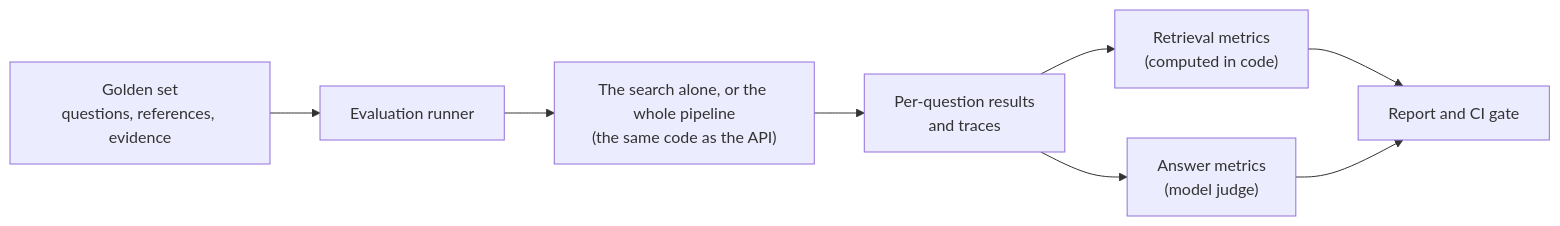
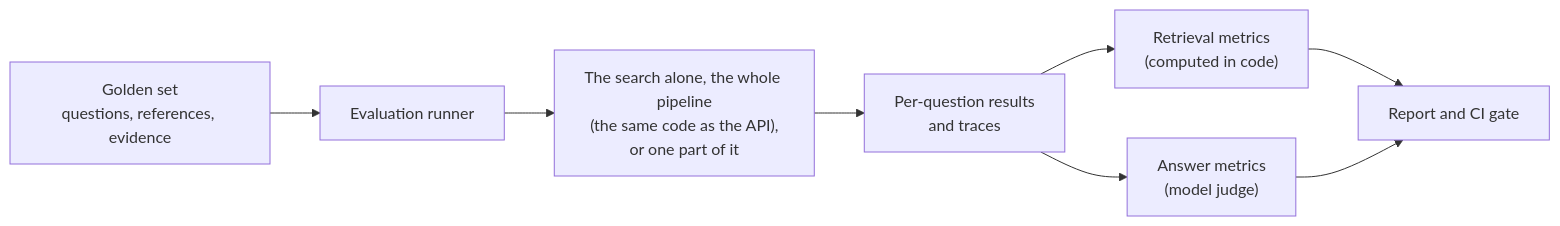
Before and after one commit to MumukshuPanchal/handbook-rag: the third of 3 diagrams in docs/architecture.md, drawn with Mermaid. The commit also changed other lines of this file, not shown here.

First line of the commit message:
docs: the architecture page describes the system as it is

````diff
--- a/docs/architecture.md
+++ b/docs/architecture.md
@@ -118,10 +127,10 @@
 ```mermaid
 flowchart LR
     GS["Golden set<br/>questions, references, evidence"] --> RUN["Evaluation runner"]
-    RUN --> PIPE["The search alone, or the whole pipeline<br/>(the same code as the API)"]
+    RUN --> PIPE["The search alone, the whole pipeline<br/>(the same code as the API),<br/>or one part of it"]
     PIPE --> RES["Per-question results<br/>and traces"]
     RES --> M1["Retrieval metrics<br/>(computed in code)"]
     RES --> M2["Answer metrics<br/>(model judge)"]
     M1 --> REP["Report and CI gate"]
     M2 --> REP
 ```
````
